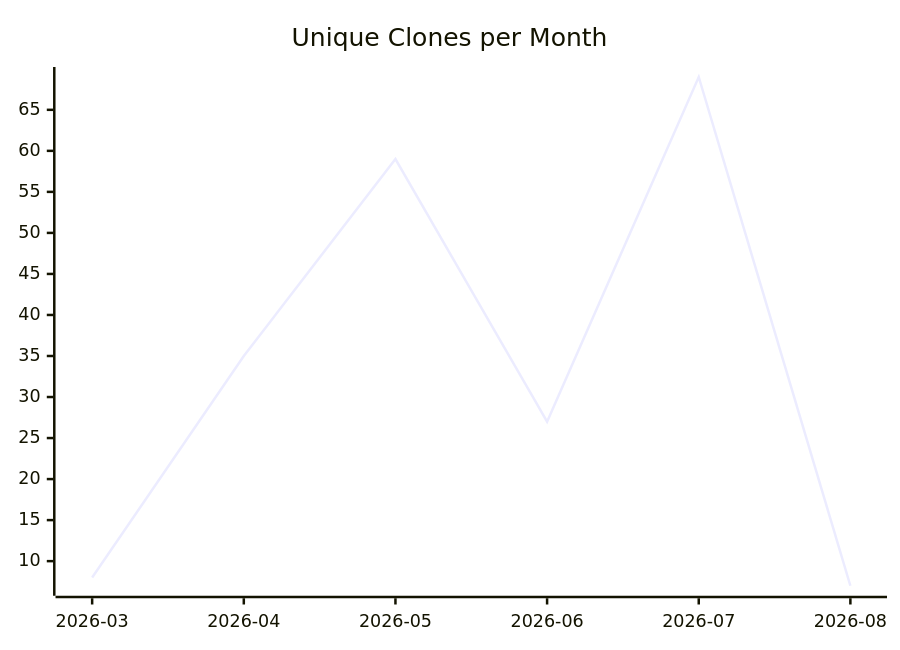
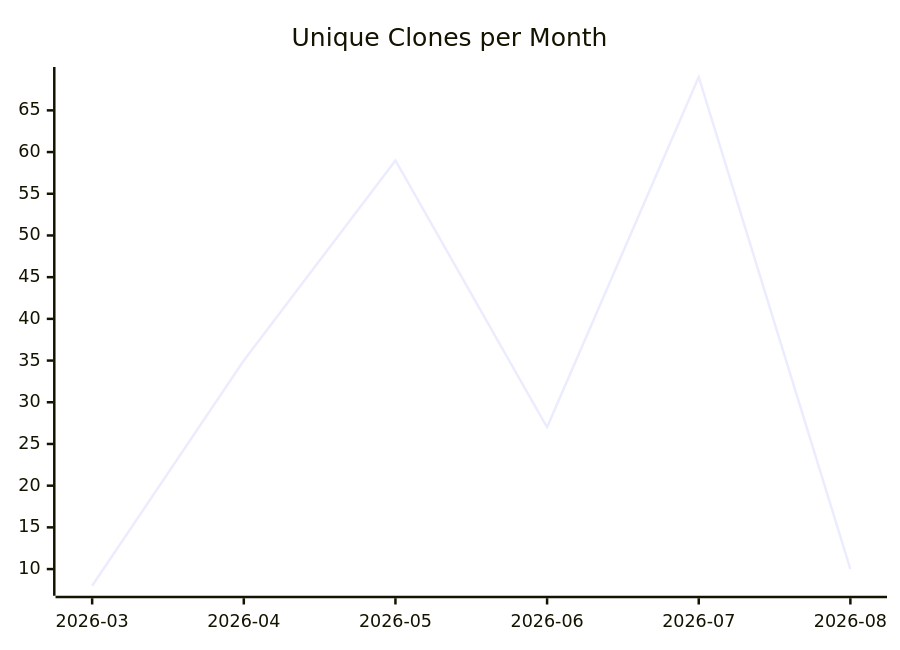
The third of 3 diagrams in karlmdavis/fhir-benchmarks/README.md (justdavis-family/github-analytics-data), drawn with Mermaid before and after one commit. The commit also changed other lines of this file and 174 other files, not shown here.

````diff
--- a/karlmdavis/fhir-benchmarks/README.md
+++ b/karlmdavis/fhir-benchmarks/README.md
@@ -19,6 +19,6 @@
 ```mermaid
 xychart-beta
   title "Unique Clones per Month"
   x-axis ["2026-03", "2026-04", "2026-05", "2026-06", "2026-07", "2026-08"]
-  line [8, 35, 59, 27, 69, 7]
+  line [8, 35, 59, 27, 69, 10]
 ```
````
